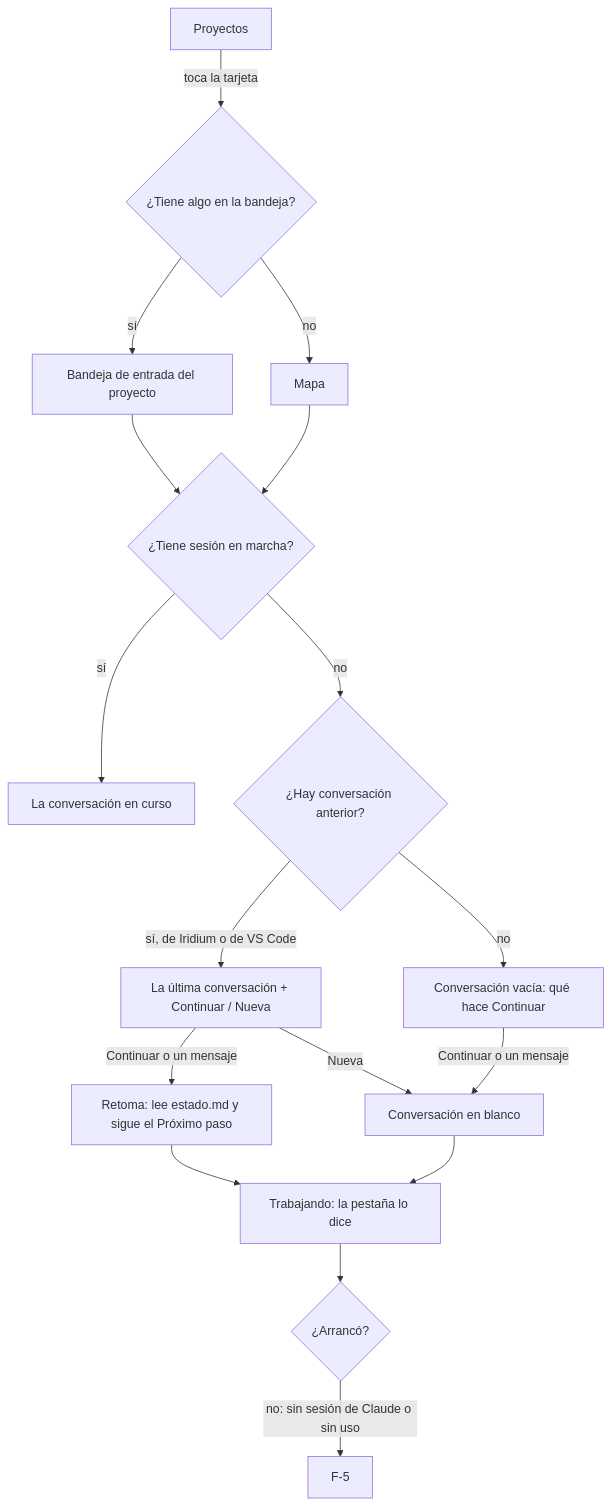
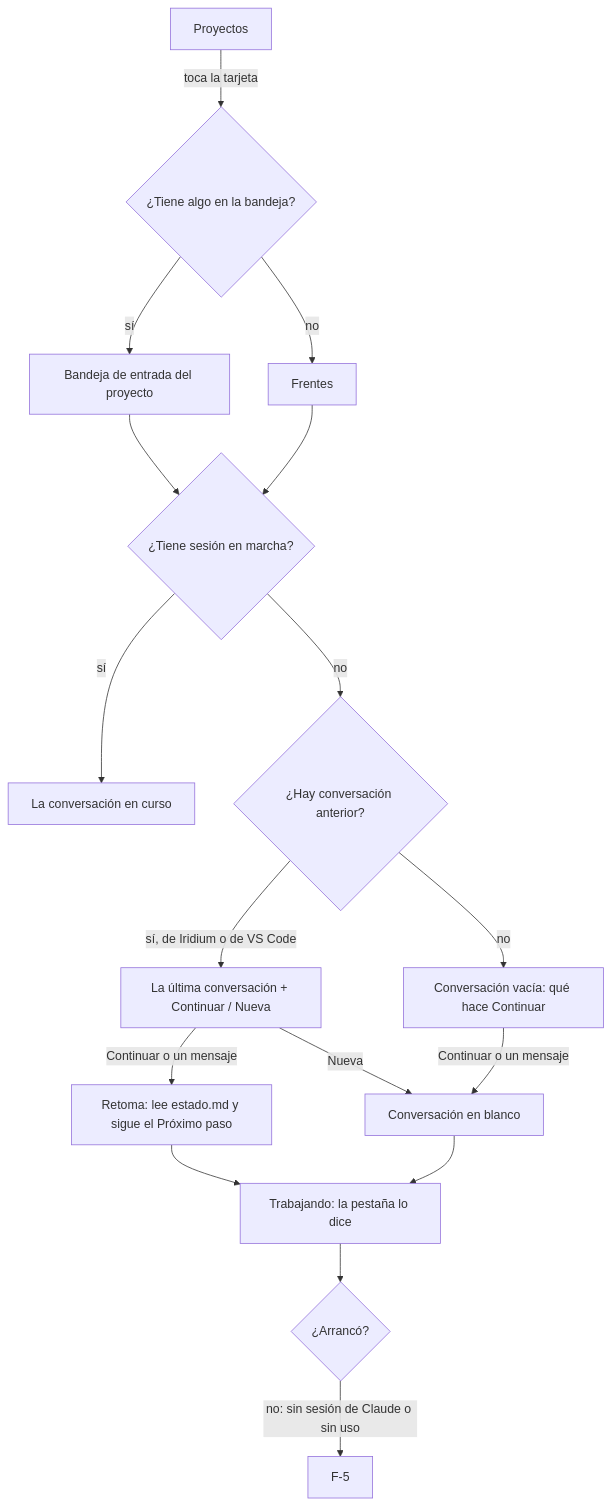
One commit to LlanosLautaro/Iridium changed the first of 9 diagrams in docs/04-ux.md. Above: the diagram before and after it, drawn with Mermaid. The commit also changed other lines of this file and 12 other files, not shown here.

````diff
--- a/docs/04-ux.md
+++ b/docs/04-ux.md
@@ -174,19 +174,19 @@
 ```mermaid
 flowchart TD
   A[Proyectos] -->|toca la tarjeta| B{¿Tiene algo en la bandeja?}
   B -->|sí| C[Bandeja de entrada del proyecto]
-  B -->|no| D[Mapa]
+  B -->|no| D[Frentes]
   C --> E{¿Tiene sesión en marcha?}
   D --> E
   E -->|sí| F[La conversación en curso]
   E -->|no| G{¿Hay conversación anterior?}
   G -->|sí, de Iridium o de VS Code| H[La última conversación + Continuar / Nueva]
   G -->|no| I[Conversación vacía: qué hace Continuar]
   H -->|Continuar o un mensaje| J[Retoma: lee estado.md y sigue el Próximo paso]
   H -->|Nueva| K[Conversación en blanco]
   I -->|Continuar o un mensaje| K
   J --> L[Trabajando: la pestaña lo dice]
   K --> L
   L --> M{¿Arrancó?}
   M -->|no: sin sesión de Claude o sin uso| N[F-5]
 ```
````
